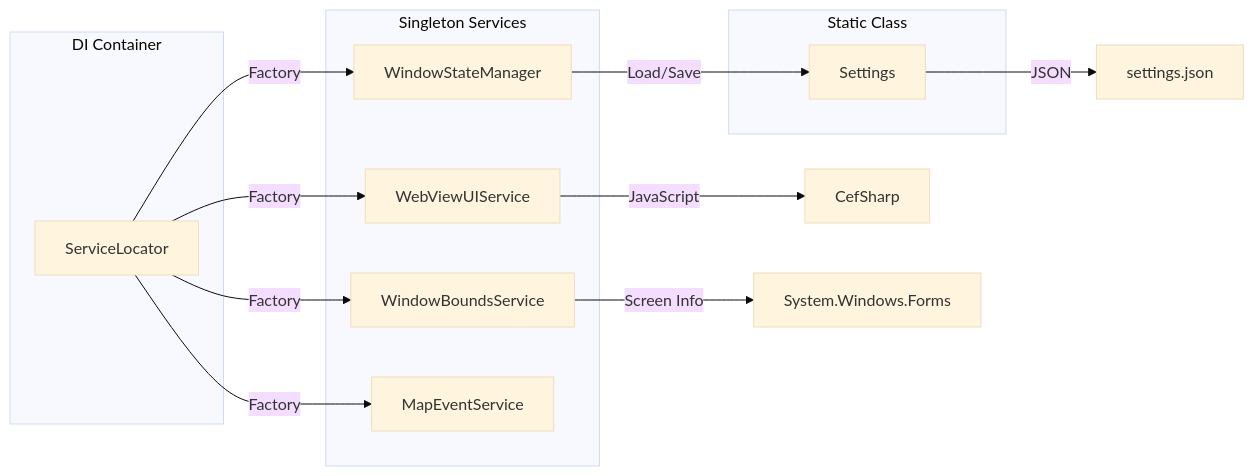
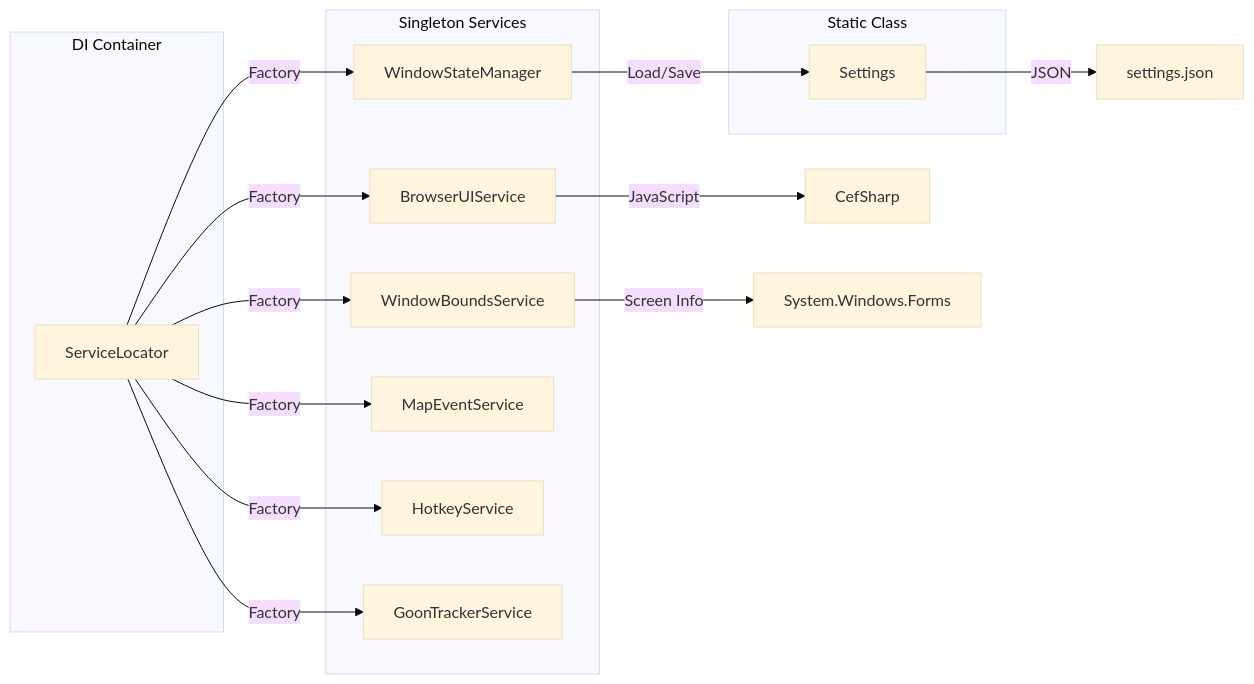
Before and after one commit to siakun/TanukiTarkovMap: the sixth of 8 diagrams in PROJECT.md, drawn with Mermaid (base theme). The commit also changed other lines of this file and 1 other file, not shown here.

First line of the commit message:
docs: CDP 디버깅 절차 문서화 및 WebView 잔여 참조 정리

````diff
--- a/PROJECT.md
+++ b/PROJECT.md
@@ -206,27 +207,31 @@
 ```mermaid
 graph LR
     subgraph DI["DI Container"]
         SL[ServiceLocator]
     end
 
     subgraph Services["Singleton Services"]
-        WVUI[WebViewUIService]
+        BUI[BrowserUIService]
         WBS[WindowBoundsService]
         WSM[WindowStateManager]
         MES[MapEventService]
+        HKS[HotkeyService]
+        GTS[GoonTrackerService]
     end
 
     subgraph Static["Static Class"]
         SET[Settings]
     end
 
-    SL -->|Factory| WVUI
+    SL -->|Factory| BUI
     SL -->|Factory| WBS
     SL -->|Factory| WSM
     SL -->|Factory| MES
+    SL -->|Factory| HKS
+    SL -->|Factory| GTS
 
     WSM -->|Load/Save| SET
     SET -->|JSON| FILE[settings.json]
-    WVUI -->|JavaScript| CEF[CefSharp]
+    BUI -->|JavaScript| CEF[CefSharp]
     WBS -->|Screen Info| WIN[System.Windows.Forms]
 ```
````
